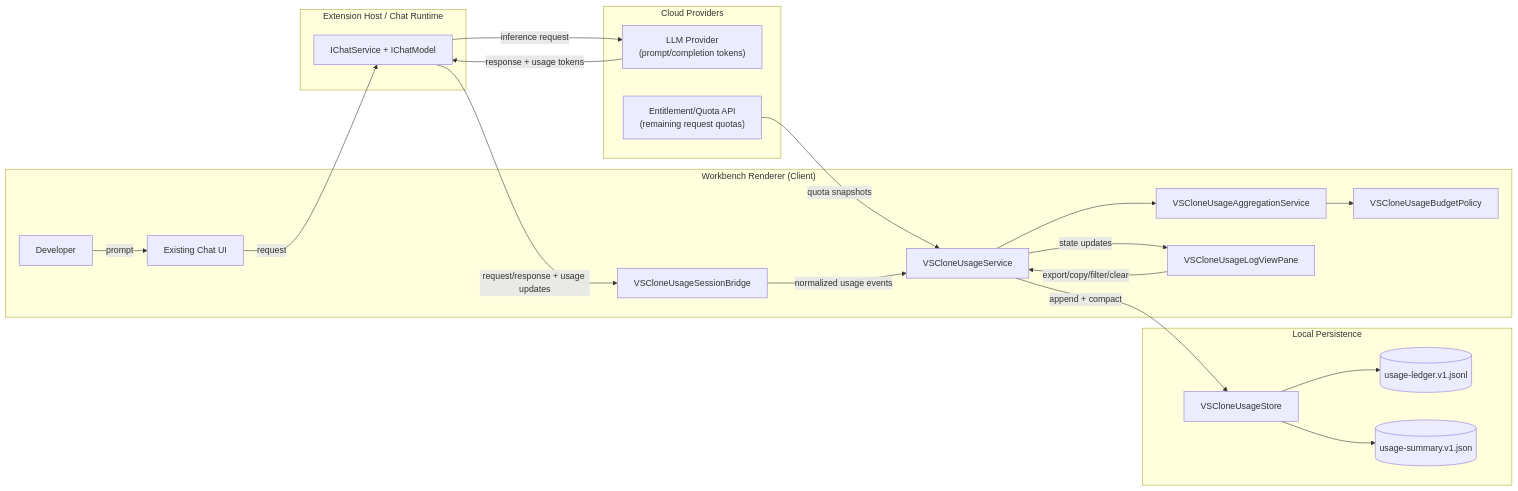
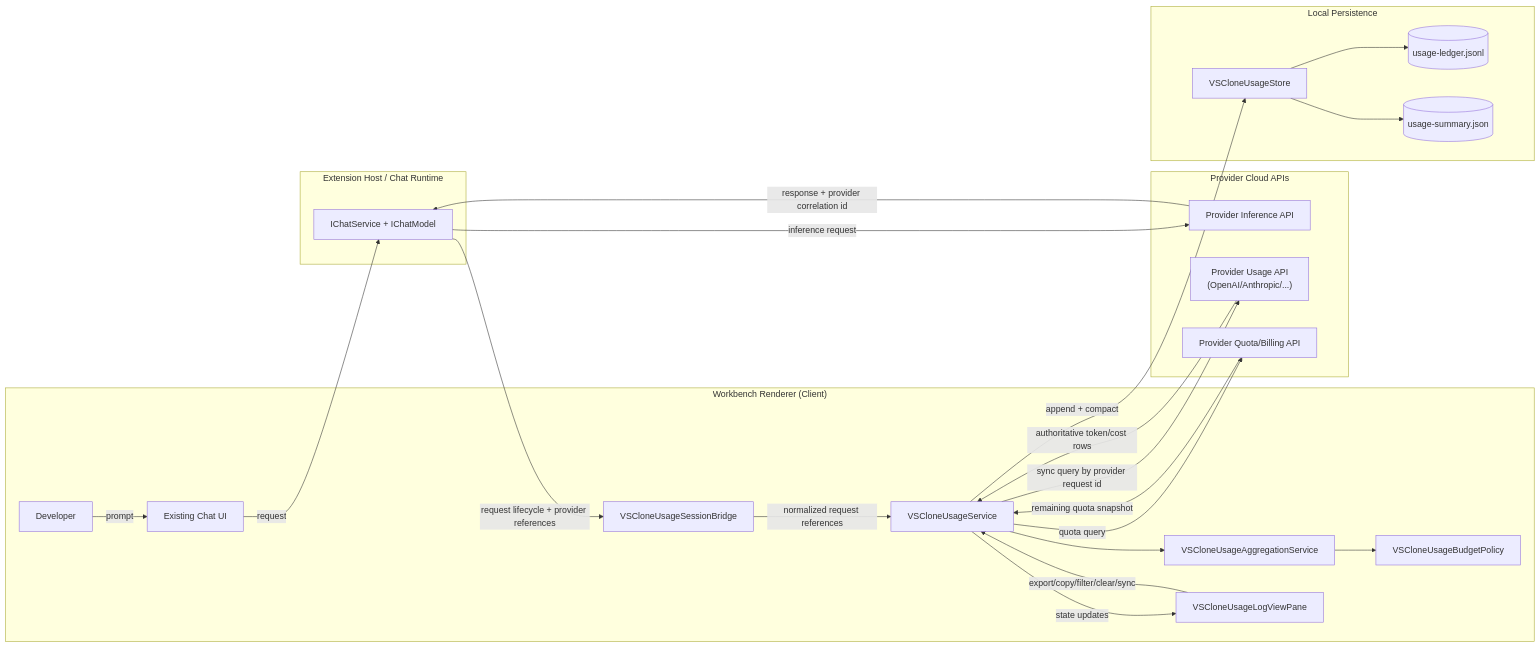
Before and after one commit to BrandonHowe/cs485-llm-ide: the diagram in cs485/diagrams/userstory2/architecture-diagram-1.mmd, drawn with Mermaid. The commit also changed 15 other files, not shown here.

```diff
--- a/cs485/diagrams/userstory2/architecture-diagram-1.mmd
+++ b/cs485/diagrams/userstory2/architecture-diagram-1.mmd
@@ -1,42 +1,49 @@
 flowchart LR
   subgraph Client["Workbench Renderer (Client)"]
     Dev["Developer"]
     ChatUI["Existing Chat UI"]
     Bridge["VSCloneUsageSessionBridge"]
     UsageSvc["VSCloneUsageService"]
     Agg["VSCloneUsageAggregationService"]
     Budget["VSCloneUsageBudgetPolicy"]
     View["VSCloneUsageLogViewPane"]
   end
 
   subgraph Server["Extension Host / Chat Runtime"]
     ChatModel["IChatService + IChatModel"]
   end
 
-  subgraph Cloud["Cloud Providers"]
-    LLM["LLM Provider\n(prompt/completion tokens)"]
-    Ent["Entitlement/Quota API\n(remaining request quotas)"]
+  subgraph Cloud["Provider Cloud APIs"]
+    Inference["Provider Inference API"]
+    UsageAPI["Provider Usage API\n(OpenAI/Anthropic/...)"]
+    QuotaAPI["Provider Quota/Billing API"]
   end
 
   subgraph Local["Local Persistence"]
     Store["VSCloneUsageStore"]
-    Ledger[("usage-ledger.v1.jsonl")]
-    Summary[("usage-summary.v1.json")]
+    Ledger[("usage-ledger.jsonl")]
+    Summary[("usage-summary.json")]
   end
 
   Dev -->|prompt| ChatUI
   ChatUI -->|request| ChatModel
-  ChatModel -->|inference request| LLM
-  LLM -->|response + usage tokens| ChatModel
+  ChatModel -->|inference request| Inference
+  Inference -->|response + provider correlation id| ChatModel
 
-  Ent -->|quota snapshots| UsageSvc
-  ChatModel -->|request/response + usage updates| Bridge
-  Bridge -->|normalized usage events| UsageSvc
+  ChatModel -->|request lifecycle + provider references| Bridge
+  Bridge -->|normalized request references| UsageSvc
+
+  UsageSvc -->|sync query by provider request id| UsageAPI
+  UsageAPI -->|authoritative token/cost rows| UsageSvc
+
+  UsageSvc -->|quota query| QuotaAPI
+  QuotaAPI -->|remaining quota snapshot| UsageSvc
+
   UsageSvc --> Agg
   Agg --> Budget
   UsageSvc -->|state updates| View
   UsageSvc -->|append + compact| Store
   Store --> Ledger
   Store --> Summary
 
-  View -->|export/copy/filter/clear| UsageSvc
+  View -->|export/copy/filter/clear/sync| UsageSvc
```
